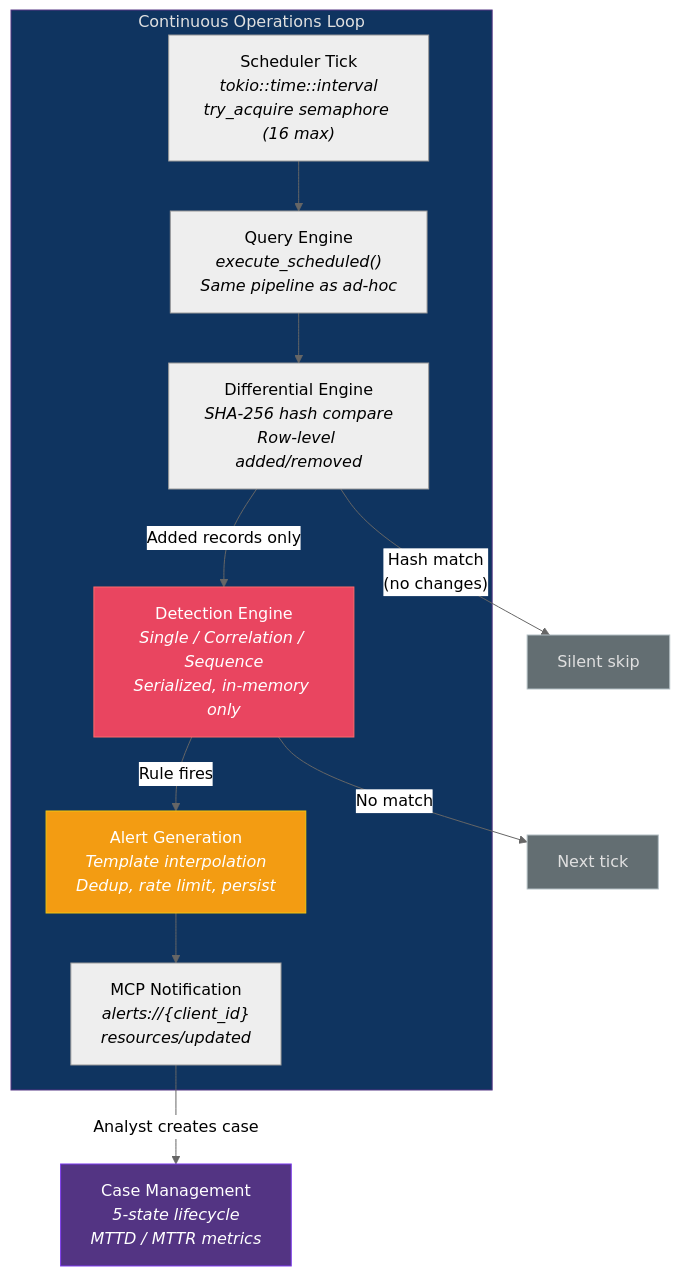
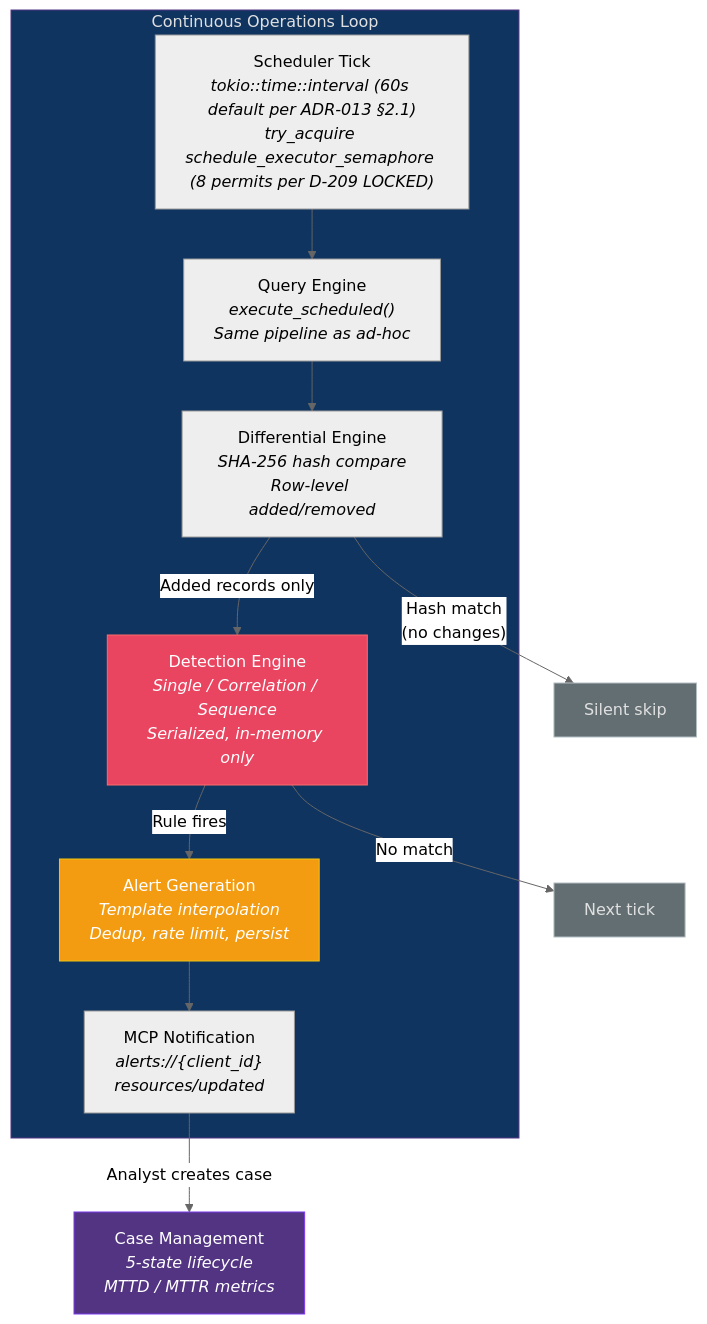
The first of 4 diagrams in specs/architecture/operational-pipeline.md (drbothen/prism), drawn with Mermaid (neutral theme) before and after one commit. The commit also changed other lines of this file and 8 other files, not shown here.

````diff
--- a/specs/architecture/operational-pipeline.md
+++ b/specs/architecture/operational-pipeline.md
@@ -22,27 +22,27 @@
 ```mermaid
 graph TD
     subgraph LOOP["Continuous Operations Loop"]
-        TICK["Scheduler Tick<br/><i>tokio::time::interval<br/>try_acquire semaphore (16 max)</i>"]
+        TICK["Scheduler Tick<br/><i>tokio::time::interval (60s default per ADR-013 §2.1)<br/>try_acquire schedule_executor_semaphore (8 permits per D-209 LOCKED)</i>"]
         QE["Query Engine<br/><i>execute_scheduled()<br/>Same pipeline as ad-hoc</i>"]
         DIFF["Differential Engine<br/><i>SHA-256 hash compare<br/>Row-level added/removed</i>"]
         DET["Detection Engine<br/><i>Single / Correlation / Sequence<br/>Serialized, in-memory only</i>"]
         ALERT["Alert Generation<br/><i>Template interpolation<br/>Dedup, rate limit, persist</i>"]
         NOTIF["MCP Notification<br/><i>alerts://{client_id}<br/>resources/updated</i>"]
     end
 
     CASE["Case Management<br/><i>5-state lifecycle<br/>MTTD / MTTR metrics</i>"]
 
     TICK --> QE --> DIFF
     DIFF -->|"Added records only"| DET
     DIFF -->|"Hash match<br/>(no changes)"| SKIP["Silent skip"]
     DET -->|"Rule fires"| ALERT --> NOTIF
     DET -->|"No match"| DONE["Next tick"]
     NOTIF -->|"Analyst creates case"| CASE
 
     style LOOP fill:#0f3460,stroke:#533483,color:#e0e0e0
     style DET fill:#e94560,stroke:#ff6b6b,color:#fff
     style ALERT fill:#f39c12,stroke:#f1c40f,color:#fff
     style CASE fill:#533483,stroke:#7c3aed,color:#fff
     style SKIP fill:#636e72,stroke:#b2bec3,color:#e0e0e0
     style DONE fill:#636e72,stroke:#b2bec3,color:#e0e0e0
 ```
````
